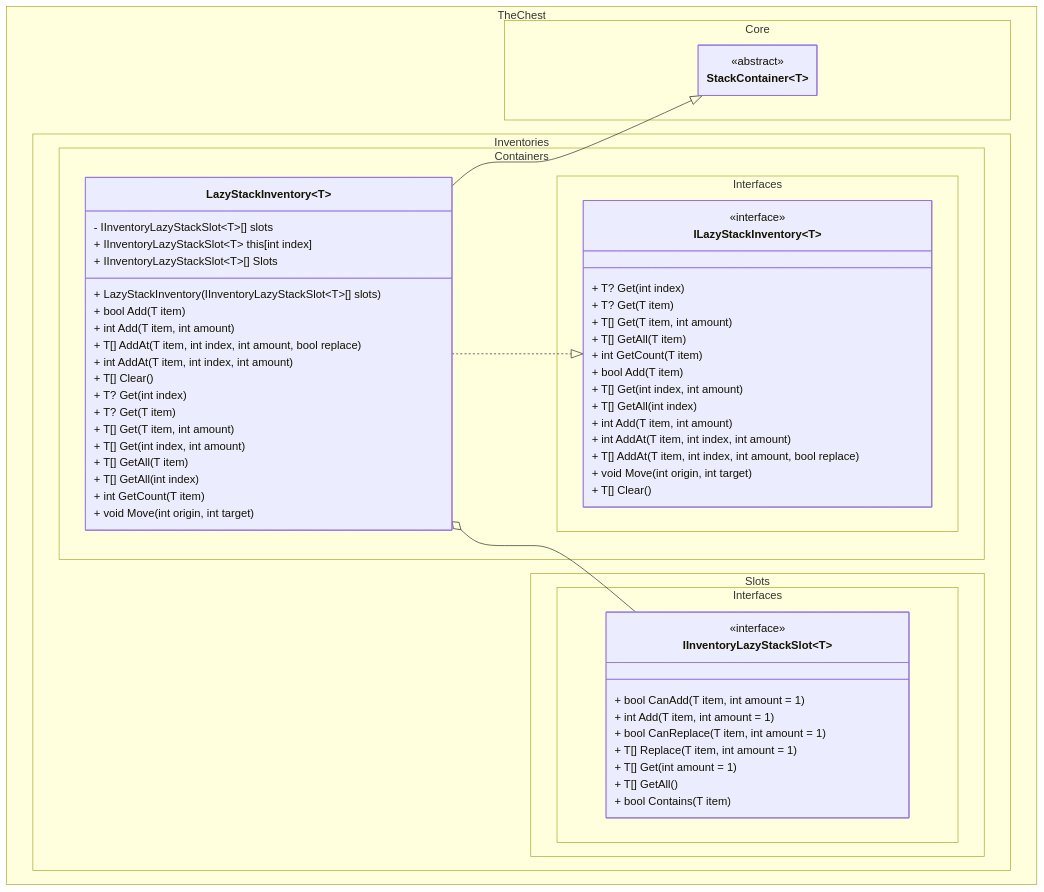
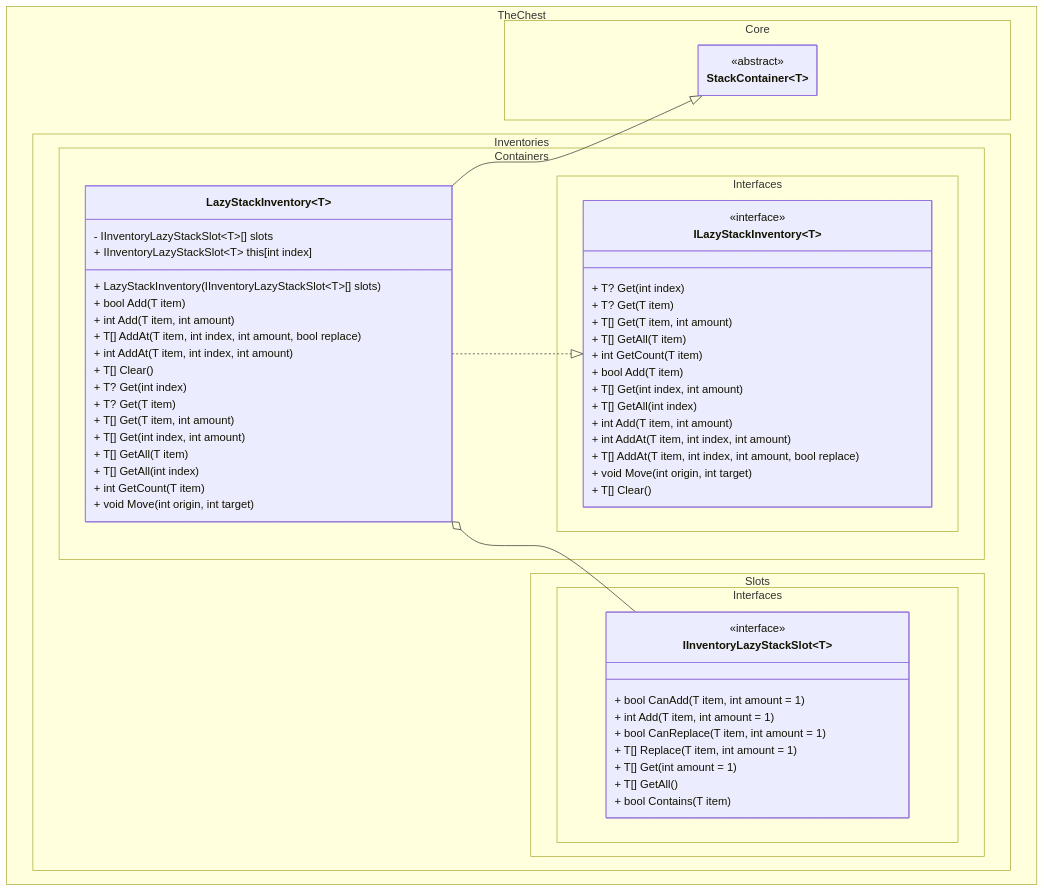
Before and after one commit to The-Chest/TheChest.Inventories: the first of 2 diagrams in docs/lazy_stack_inventory/class_diagram.md, drawn with Mermaid. The commit also changed other lines of this file and 4 other files, not shown here.

````diff
--- a/docs/lazy_stack_inventory/class_diagram.md
+++ b/docs/lazy_stack_inventory/class_diagram.md
@@ -4,75 +4,74 @@
 ```mermaid
 ---
 config:
   theme: mc
   look: classic
   class:
     hideEmptyMembersBox: true
 ---
 classDiagram
 direction TB
 
 namespace TheChest.Core {
     class StackContainer~T~ {
     }
 }
 <<abstract>> StackContainer
 
 namespace TheChest.Inventories.Containers {
     class LazyStackInventory~T~ {
         - IInventoryLazyStackSlot~T~[] slots
         + LazyStackInventory(IInventoryLazyStackSlot~T~[] slots)
         + IInventoryLazyStackSlot~T~ this[int index]
-        + IInventoryLazyStackSlot~T~[] Slots
         + bool Add(T item)
         + int Add(T item, int amount)
         + T[] AddAt(T item, int index, int amount, bool replace)
         + int AddAt(T item, int index, int amount)
         + T[] Clear()
         + T? Get(int index)
         + T? Get(T item)
         + T[] Get(T item, int amount)
         + T[] Get(int index, int amount)
         + T[] GetAll(T item)
         + T[] GetAll(int index)
         + int GetCount(T item)
         + void Move(int origin, int target)
     }
 }
 
 namespace TheChest.Inventories.Slots.Interfaces {
     class IInventoryLazyStackSlot~T~ {
         + bool CanAdd(T item, int amount = 1)
         + int Add(T item, int amount = 1)
         + bool CanReplace(T item, int amount = 1)
         + T[] Replace(T item, int amount = 1)
         + T[] Get(int amount = 1)
         + T[] GetAll()
         + bool Contains(T item)
     }
 }
 <<interface>> IInventoryLazyStackSlot
 
 namespace TheChest.Inventories.Containers.Interfaces {
     class ILazyStackInventory~T~ {
         + T? Get(int index)
         + T? Get(T item)
         + T[] Get(T item, int amount)
         + T[] GetAll(T item)
         + int GetCount(T item)
         + bool Add(T item)
         + T[] Get(int index, int amount)
         + T[] GetAll(int index)
         + int Add(T item, int amount)
         + int AddAt(T item, int index, int amount)
         + T[] AddAt(T item, int index, int amount, bool replace)
         + void Move(int origin, int target)
         + T[] Clear()
     }
 }
 <<interface>> ILazyStackInventory
 
 LazyStackInventory~T~ --|> StackContainer~T~
 LazyStackInventory~T~ ..|> ILazyStackInventory~T~
 LazyStackInventory~T~ o-- IInventoryLazyStackSlot~T~
 ```
````
